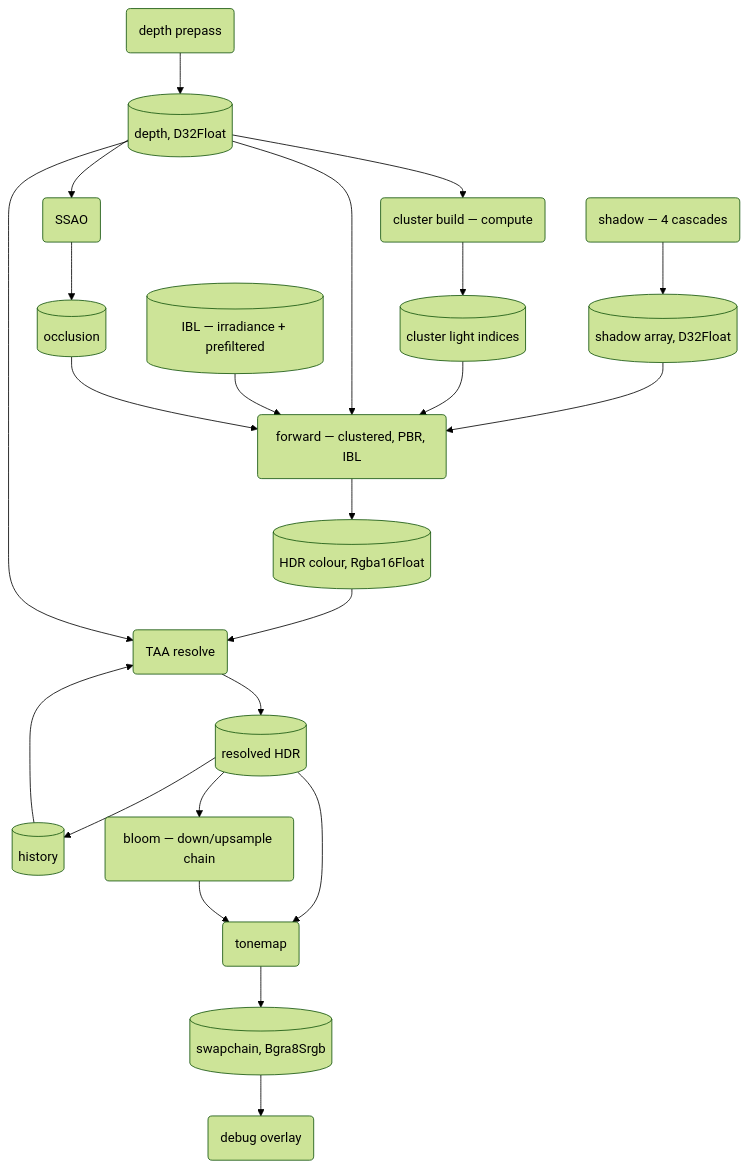
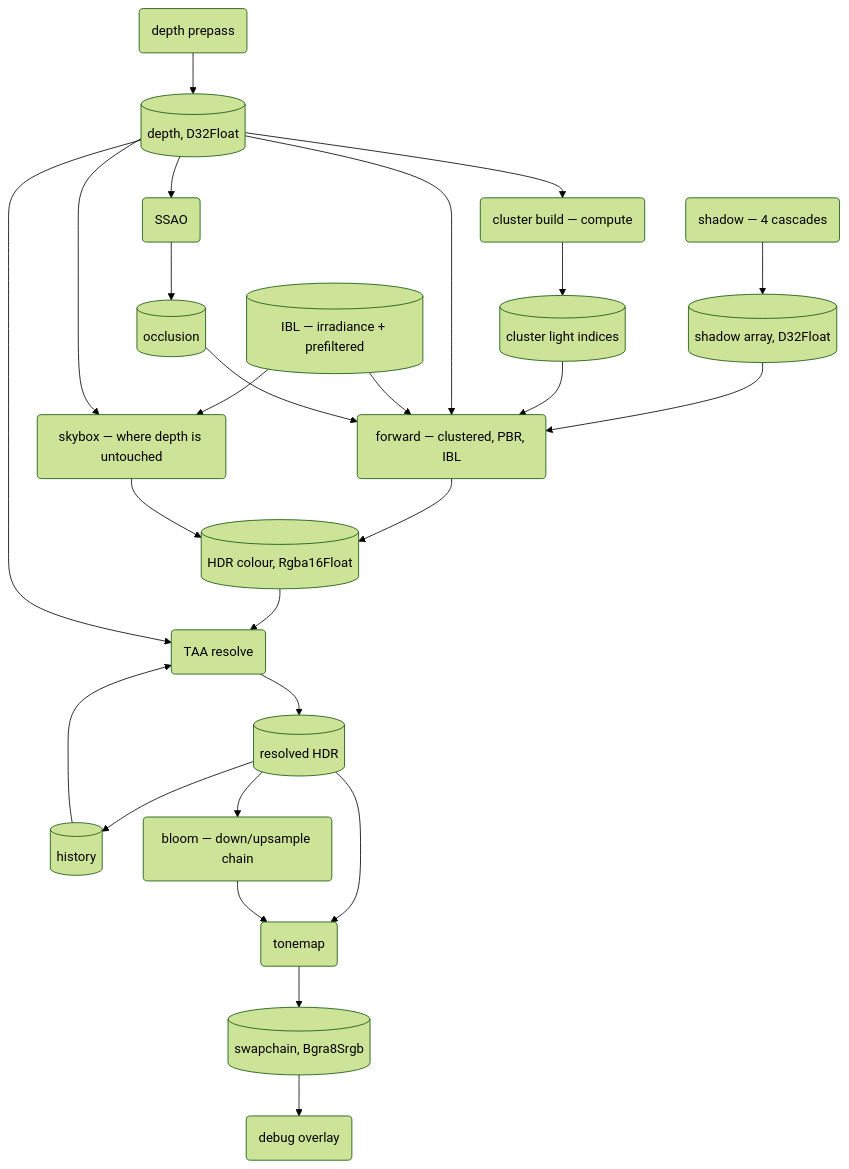
The second of 3 diagrams in docs/PLAN.md (adamloec/slop), drawn with Mermaid (forest theme) before and after one commit. The commit also changed other lines of this file and 10 other files, not shown here.

````diff
--- a/docs/PLAN.md
+++ b/docs/PLAN.md
@@ -1067,29 +1069,33 @@
 ```mermaid
 flowchart TD
     shadow("shadow — 4 cascades") --> shadowmap[("shadow array, D32Float")]
     prepass("depth prepass") --> depth[("depth, D32Float")]
     depth --> clusters("cluster build — compute")
     clusters --> lightlist[("cluster light indices")]
 
     shadowmap --> forward("forward — clustered, PBR, IBL")
     lightlist --> forward
     depth --> forward
     ibl[("IBL — irradiance + prefiltered")] --> forward
     forward --> hdr[("HDR colour, Rgba16Float")]
+
+    ibl --> skybox("skybox — where depth is untouched")
+    depth --> skybox
+    skybox --> hdr
 
     hdr --> taa("TAA resolve")
     depth --> taa
     history[("history")] --> taa
     taa --> resolved[("resolved HDR")]
     resolved --> history
 
     resolved --> bloom("bloom — down/upsample chain")
     depth --> ssao("SSAO")
     ssao --> occlusion[("occlusion")]
     occlusion --> forward
 
     resolved --> tonemap("tonemap")
     bloom --> tonemap
     tonemap --> swap[("swapchain, Bgra8Srgb")]
     swap --> overlay("debug overlay")
 ```
````
